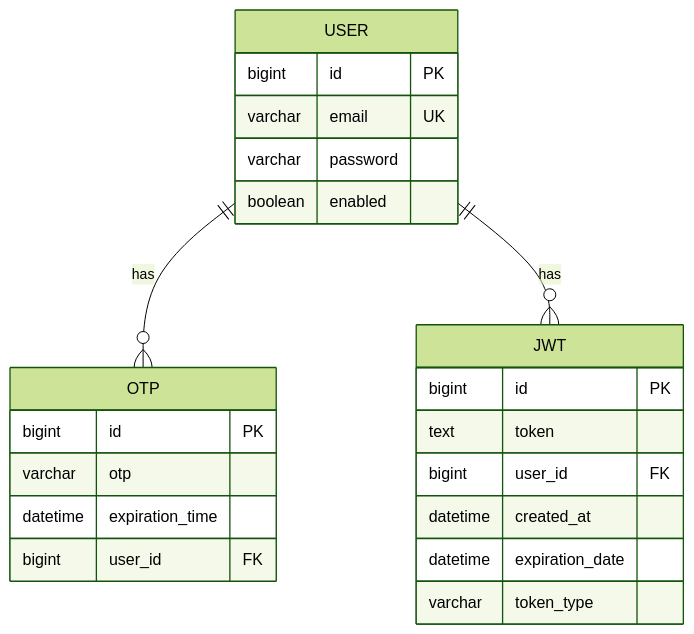
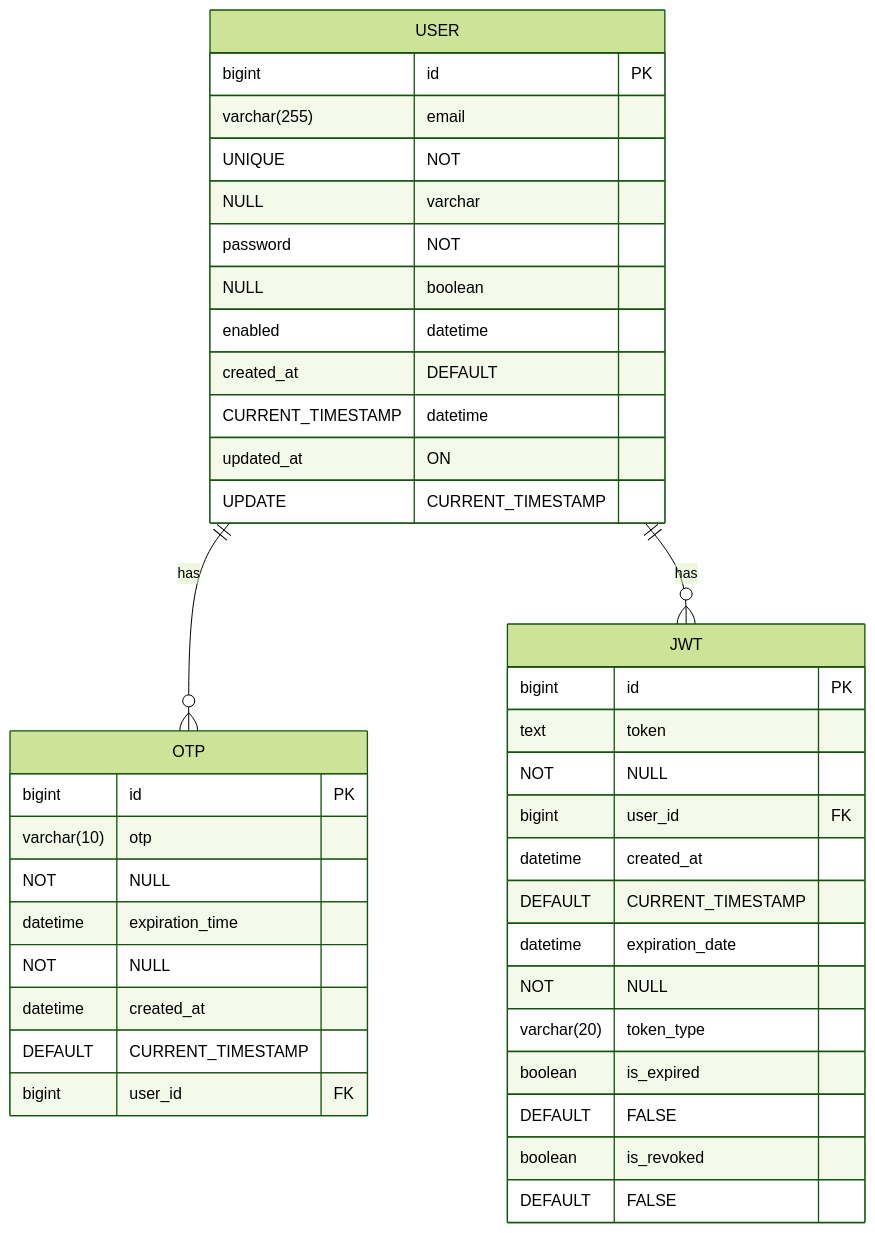
One commit to Super-TODO/User-Service changed the diagram in README.md. Above: the diagram before and after it, drawn with Mermaid (forest theme). The commit also changed other lines of this file, not shown here.

````diff
--- a/README.md
+++ b/README.md
@@ -7,29 +7,33 @@
 ```mermaid
 erDiagram
     USER ||--o{ OTP : has
     USER ||--o{ JWT : has
 
     USER {
         bigint id PK
-        varchar email UK
-        varchar password
+        varchar(255) email UNIQUE NOT NULL
+        varchar password NOT NULL
         boolean enabled
+        datetime created_at DEFAULT CURRENT_TIMESTAMP
+        datetime updated_at ON UPDATE CURRENT_TIMESTAMP
     }
 
     OTP {
         bigint id PK
-        varchar otp
-        datetime expiration_time
+        varchar(10) otp NOT NULL
+        datetime expiration_time NOT NULL
+        datetime created_at DEFAULT CURRENT_TIMESTAMP
         bigint user_id FK
     }
 
     JWT {
         bigint id PK
-        text token
+        text token NOT NULL
         bigint user_id FK
-        datetime created_at
-        datetime expiration_date
-        varchar token_type
+        datetime created_at DEFAULT CURRENT_TIMESTAMP
+        datetime expiration_date NOT NULL
+        varchar(20) token_type
+        boolean is_expired DEFAULT FALSE
+        boolean is_revoked DEFAULT FALSE
     }
-
 ```
````
